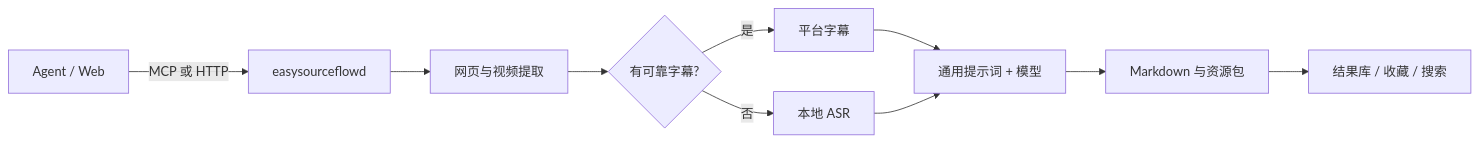
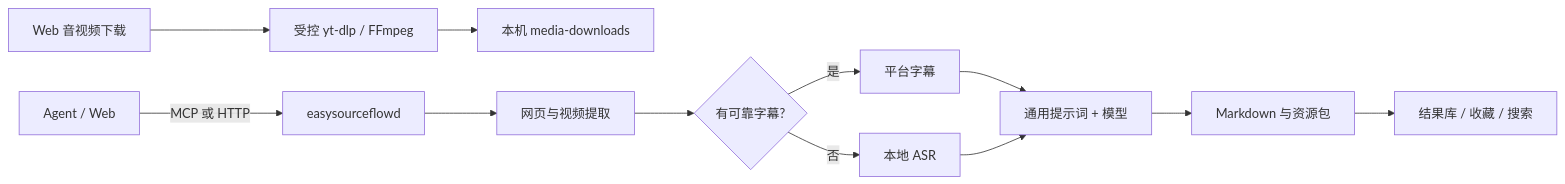
Before and after one commit to john-ops-lab/EasySourceFlow: the diagram in README.md, drawn with Mermaid. The commit also changed other lines of this file and 29 other files, not shown here.

````diff
--- a/README.md
+++ b/README.md
@@ -135,12 +141,14 @@
 ```mermaid
 flowchart LR
     A[Agent / Web] -->|MCP 或 HTTP| B[easysourceflowd]
+    W[Web 音视频下载] --> J[受控 yt-dlp / FFmpeg]
+    J --> K[本机 media-downloads]
     B --> C[网页与视频提取]
     C --> D{有可靠字幕?}
     D -->|是| E[平台字幕]
     D -->|否| F[本地 ASR]
     E --> G[通用提示词 + 模型]
     F --> G
     G --> H[Markdown 与资源包]
     H --> I[结果库 / 收藏 / 搜索]
 ```
````
